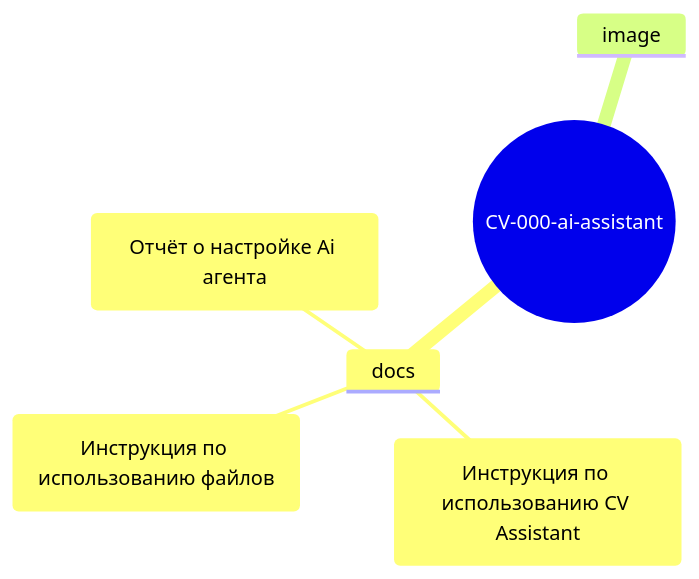
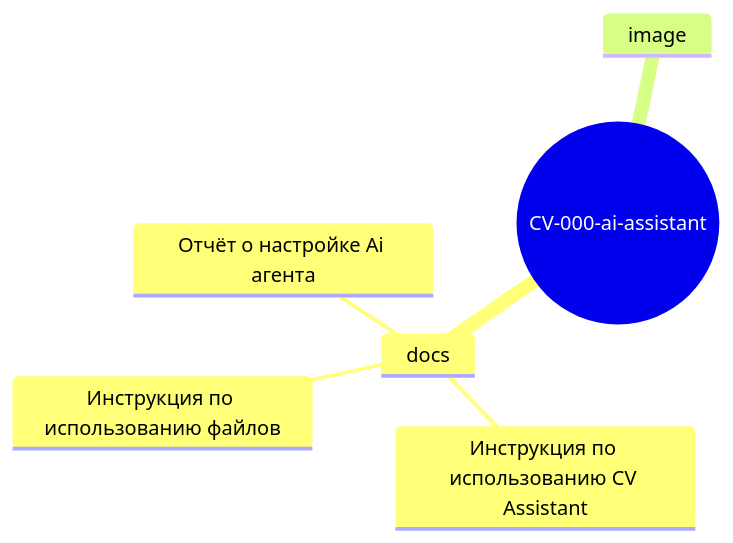
Before and after one commit to KSP-Hub/My-CV-Engineering-Projects: the diagram in CV-000-ai-assistant/README.MD, drawn with Mermaid.

````diff
--- a/CV-000-ai-assistant/README.MD
+++ b/CV-000-ai-assistant/README.MD
@@ -133,9 +133,9 @@
 ```mermaid
 mindmap
-    root((CV-000-ai-assistant))
-        docs
-            (Отчёт о настройке Ai агента)
-            (Инструкция по использованию CV Assistant)
-            (Инструкция по использованию файлов)
-        image
+root((CV-000-ai-assistant))
+    docs
+        Отчёт о настройке Ai агента
+        Инструкция по использованию CV Assistant
+        Инструкция по использованию файлов
+    image
 ```
````
